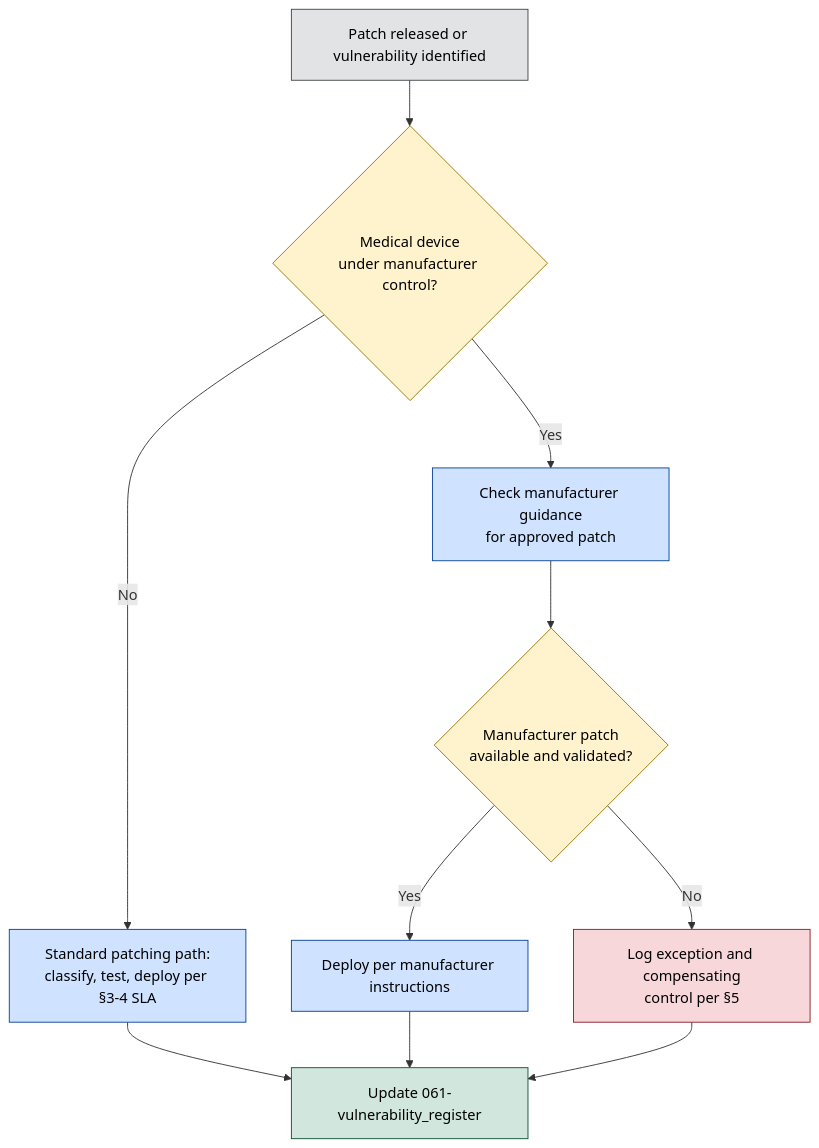
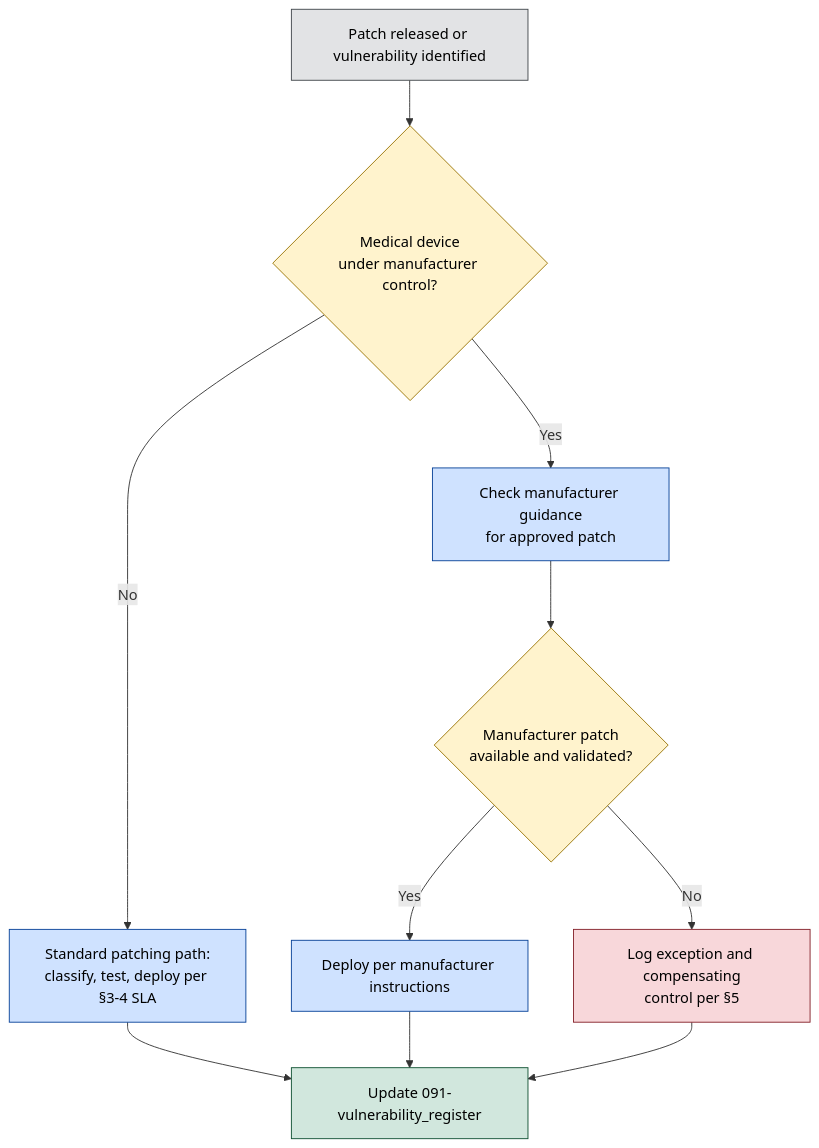
Before and after one commit to Purplewells/healthcare-grc-programme: the diagram in 09-Security-Operations/092-patch_management.md, drawn with Mermaid. The commit also changed other lines of this file and 16 other files, not shown here.

````diff
--- a/09-Security-Operations/092-patch_management.md
+++ b/09-Security-Operations/092-patch_management.md
@@ -61,35 +61,35 @@
 ```mermaid
 flowchart TD
 
     %% ==========================================================
     %% Patch Management Process - Project SentinelCare
     %% Shows the standard IT path and the medical-device exception
     %% path described in section 5, converging at the same
     %% vulnerability register update step.
     %% ==========================================================
 
     A[Patch released or vulnerability identified]:::entry
     B{Medical device<br/>under manufacturer control?}:::decision
     C[Standard patching path:<br/>classify, test, deploy per §3-4 SLA]:::phase
     D[Check manufacturer guidance<br/>for approved patch]:::phase
     E{Manufacturer patch<br/>available and validated?}:::decision
     F[Deploy per manufacturer instructions]:::phase
     G[Log exception and compensating<br/>control per §5]:::escalation
-    H[Update 061-vulnerability_register]:::output
+    H[Update 091-vulnerability_register]:::output
 
     A --> B
     B -- No --> C
     B -- Yes --> D
     D --> E
     E -- Yes --> F
     E -- No --> G
     C --> H
     F --> H
     G --> H
 
     classDef entry fill:#e2e3e5,stroke:#41464b,color:#000
     classDef phase fill:#cfe2ff,stroke:#084298,color:#000
     classDef decision fill:#fff3cd,stroke:#997404,color:#000
     classDef escalation fill:#f8d7da,stroke:#842029,color:#000
     classDef output fill:#d1e7dd,stroke:#0f5132,color:#000
 ```
````
